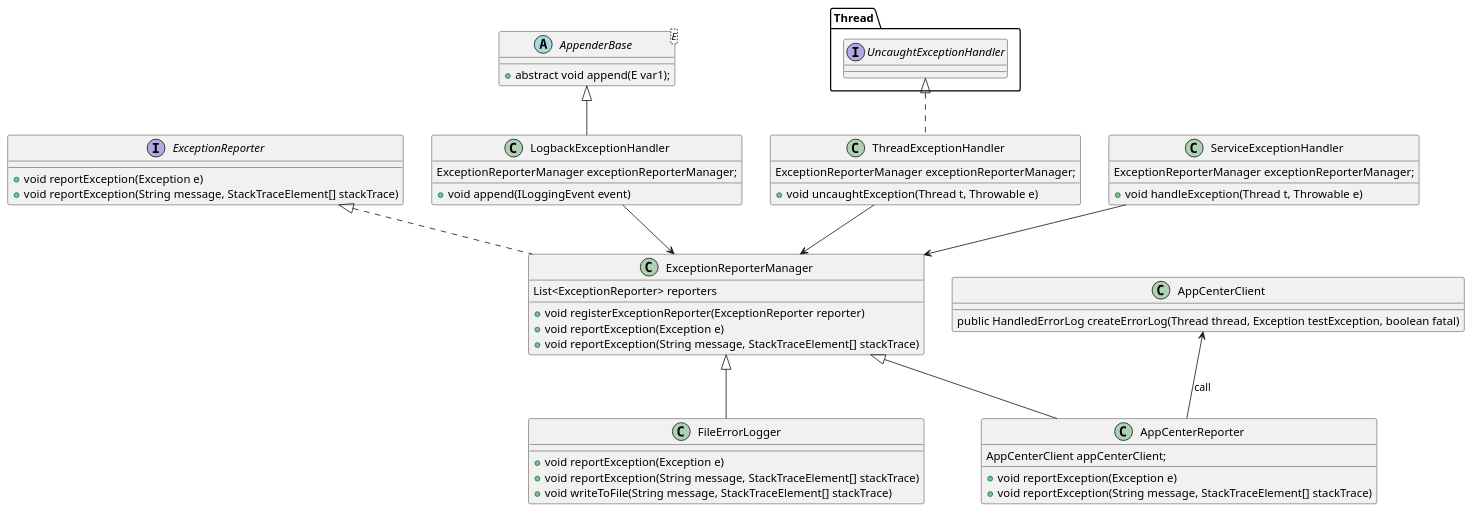
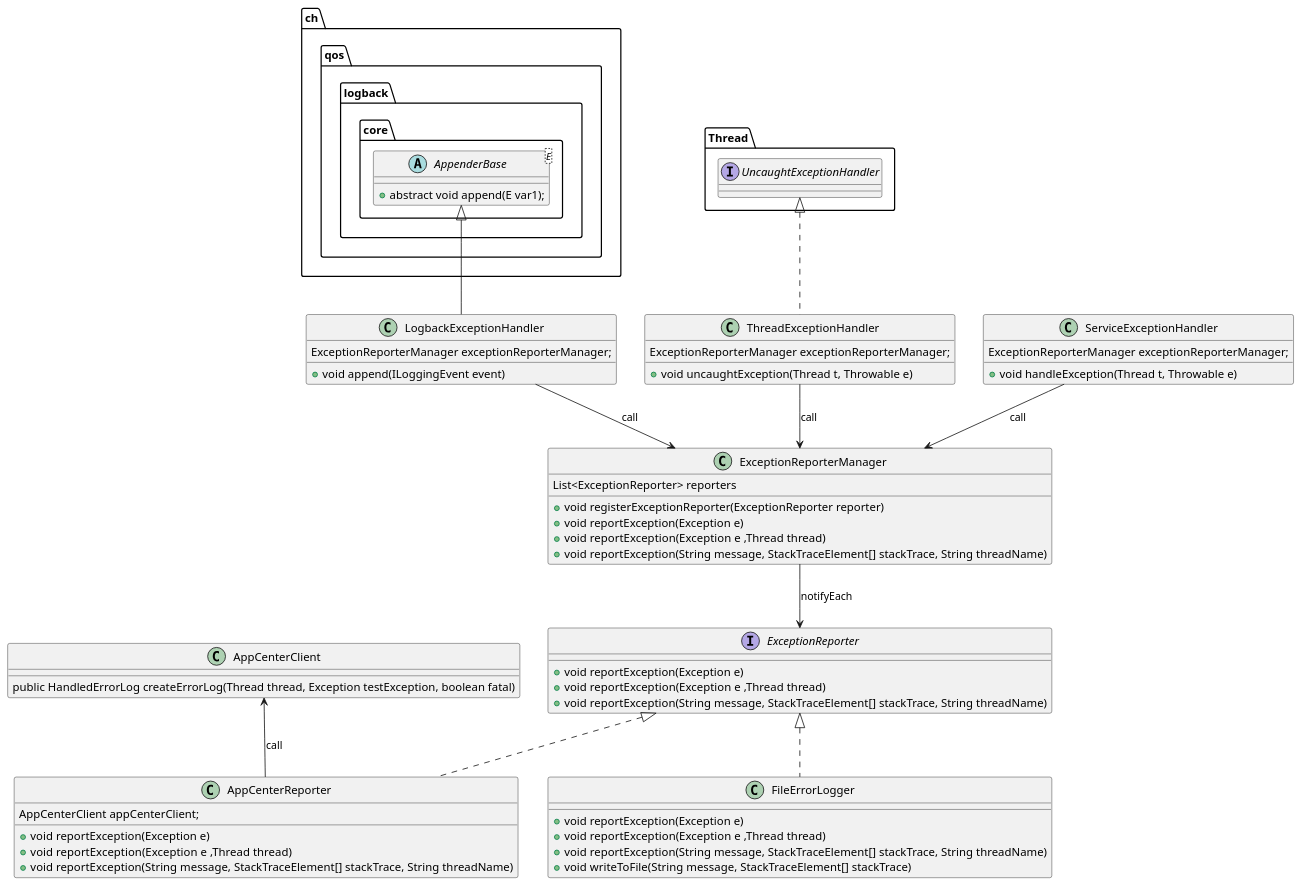
The diagram in agent/doc/UML/hydra_lab_exception_monitor_design.puml (microsoft/HydraLab), drawn with PlantUML before and after one commit. The commit also changed 1 other file, not shown here.

```diff
--- a/agent/doc/UML/hydra_lab_exception_monitor_design.puml
+++ b/agent/doc/UML/hydra_lab_exception_monitor_design.puml
@@ -1,56 +1,62 @@
 @startuml exception_monitor
 interface ExceptionReporter {
     + void reportException(Exception e)
-    + void reportException(String message, StackTraceElement[] stackTrace)
+    + void reportException(Exception e ,Thread thread)
+    + void reportException(String message, StackTraceElement[] stackTrace, String threadName)
 }
 
-class ExceptionReporterManager implements ExceptionReporter {
+class ExceptionReporterManager {
     List<ExceptionReporter> reporters
-
     + void registerExceptionReporter(ExceptionReporter reporter)
     + void reportException(Exception e)
-    + void reportException(String message, StackTraceElement[] stackTrace)
+    + void reportException(Exception e ,Thread thread)
+    + void reportException(String message, StackTraceElement[] stackTrace, String threadName)
 }
 
-class AppCenterReporter extends ExceptionReporterManager {
+class AppCenterReporter implements ExceptionReporter {
     AppCenterClient appCenterClient;
+
     + void reportException(Exception e)
-    + void reportException(String message, StackTraceElement[] stackTrace)
+    + void reportException(Exception e ,Thread thread)
+    + void reportException(String message, StackTraceElement[] stackTrace, String threadName)
 }
 
 
-class FileErrorLogger extends ExceptionReporterManager {
+class FileErrorLogger implements ExceptionReporter {
     + void reportException(Exception e)
-    + void reportException(String message, StackTraceElement[] stackTrace)
+    + void reportException(Exception e ,Thread thread)
+    + void reportException(String message, StackTraceElement[] stackTrace, String threadName)
     + void writeToFile(String message, StackTraceElement[] stackTrace)
 }
 
 class AppCenterClient{
     public HandledErrorLog createErrorLog(Thread thread, Exception testException, boolean fatal)
 }
 
-AppCenterClient <-- AppCenterReporter: call
+AppCenterClient <-- AppCenterReporter : call
 
-abstract class AppenderBase<E> {
+abstract class ch.qos.logback.core.AppenderBase<E> {
     + abstract void append(E var1);
 }
 
-class LogbackExceptionHandler extends AppenderBase {
+class LogbackExceptionHandler extends ch.qos.logback.core.AppenderBase {
     ExceptionReporterManager exceptionReporterManager;
     + void append(ILoggingEvent event)
 }
 
 class ThreadExceptionHandler implements Thread.UncaughtExceptionHandler {
     ExceptionReporterManager exceptionReporterManager;
     + void uncaughtException(Thread t, Throwable e)
 }
 
 class ServiceExceptionHandler {
     ExceptionReporterManager exceptionReporterManager;
     + void handleException(Thread t, Throwable e)
 }
 
-LogbackExceptionHandler --> ExceptionReporterManager
-ThreadExceptionHandler --> ExceptionReporterManager
-ServiceExceptionHandler --> ExceptionReporterManager
+LogbackExceptionHandler --> ExceptionReporterManager : call
+ThreadExceptionHandler --> ExceptionReporterManager : call
+ServiceExceptionHandler --> ExceptionReporterManager : call
+
+ExceptionReporterManager --> ExceptionReporter : notifyEach
 @enduml
```
